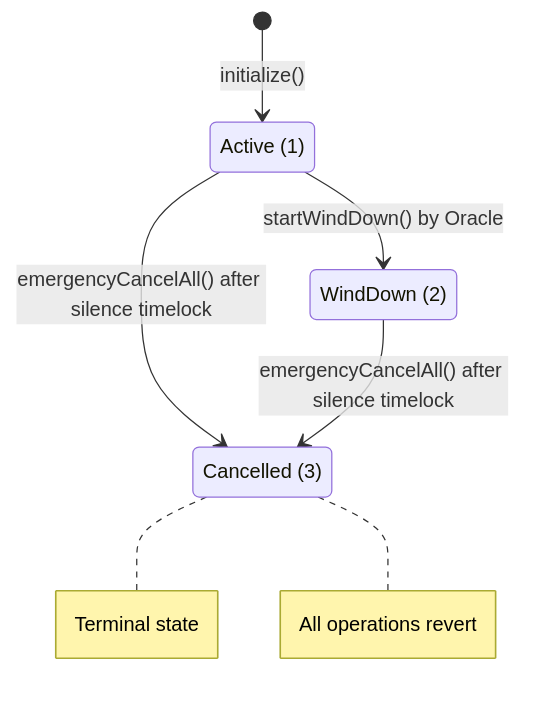
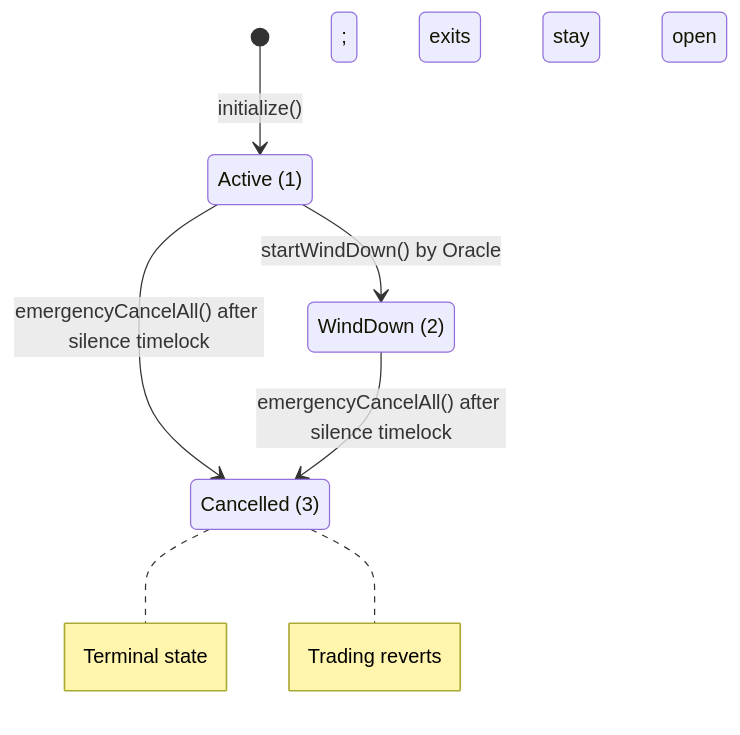
Before and after one commit to ProphetMarket/lp-vaults: the fourth of 4 diagrams in specs/features/contracts/FEAT-JXQO-emergency-cancel-all-positions/ARCHITECTURE.md, drawn with Mermaid. The commit also changed other lines of this file and 40 other files, not shown here.

````diff
--- a/specs/features/contracts/FEAT-JXQO-emergency-cancel-all-positions/ARCHITECTURE.md
+++ b/specs/features/contracts/FEAT-JXQO-emergency-cancel-all-positions/ARCHITECTURE.md
@@ -112,12 +112,12 @@
 ```mermaid
 stateDiagram-v2
     state "Active (1)" as s1
     state "WindDown (2)" as s2
     state "Cancelled (3)" as s3
     [*] --> s1 : initialize()
     s1 --> s2 : startWindDown() by Oracle
     s1 --> s3 : emergencyCancelAll() after silence timelock
     s2 --> s3 : emergencyCancelAll() after silence timelock
     note right of s3 : Terminal state
-    note right of s3 : All operations revert
+    note right of s3 : Trading reverts; exits stay open
 ```
````
